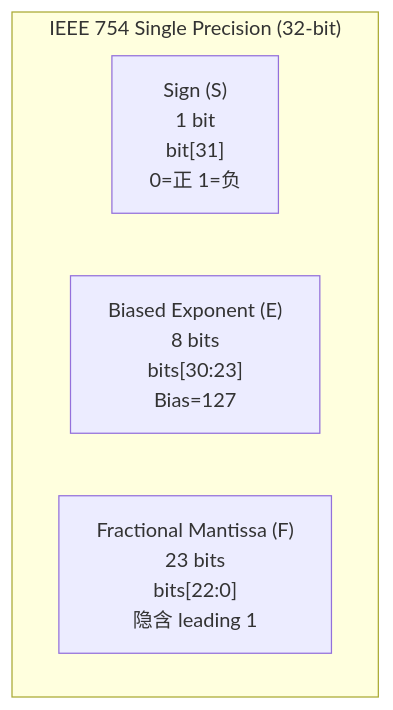
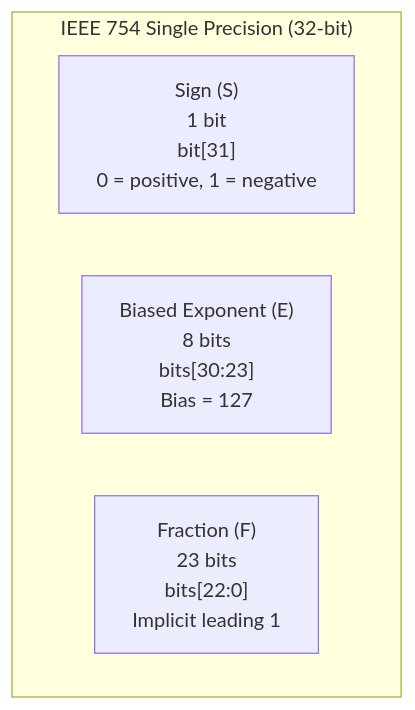
The fifth of 5 diagrams in COMP30660 Arch架构/02_数据表示_Data_Representation.md (wufangxun106334-pixel/CS-), drawn with Mermaid before and after one commit. The commit also changed other lines of this file and 279 other files, not shown here.

````diff
--- a/COMP30660 Arch架构/02_数据表示_Data_Representation.md
+++ b/COMP30660 Arch架构/02_数据表示_Data_Representation.md
@@ -525,9 +534,11 @@
 ```mermaid
 flowchart LR
-    subgraph ieee754["IEEE 754 Single Precision (32-bit)"]
+    subgraph IEEE754["IEEE 754 Single Precision (32-bit)"]
         direction LR
-        S["Sign (S)\n1 bit\nbit[31]\n0=正 1=负"]
-        E["Biased Exponent (E)\n8 bits\nbits[30:23]\nBias=127"]
-        F["Fractional Mantissa (F)\n23 bits\nbits[22:0]\n隐含 leading 1"]
+
+        S["Sign (S)<br/>1 bit<br/>bit[31]<br/>0 = positive, 1 = negative"]
+        E["Biased Exponent (E)<br/>8 bits<br/>bits[30:23]<br/>Bias = 127"]
+        F["Fraction (F)<br/>23 bits<br/>bits[22:0]<br/>Implicit leading 1"]
     end
+
 ```
````
